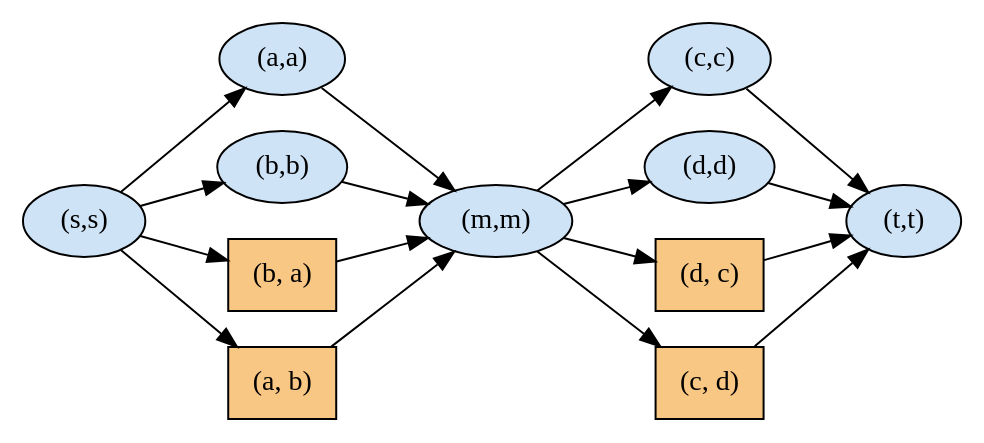
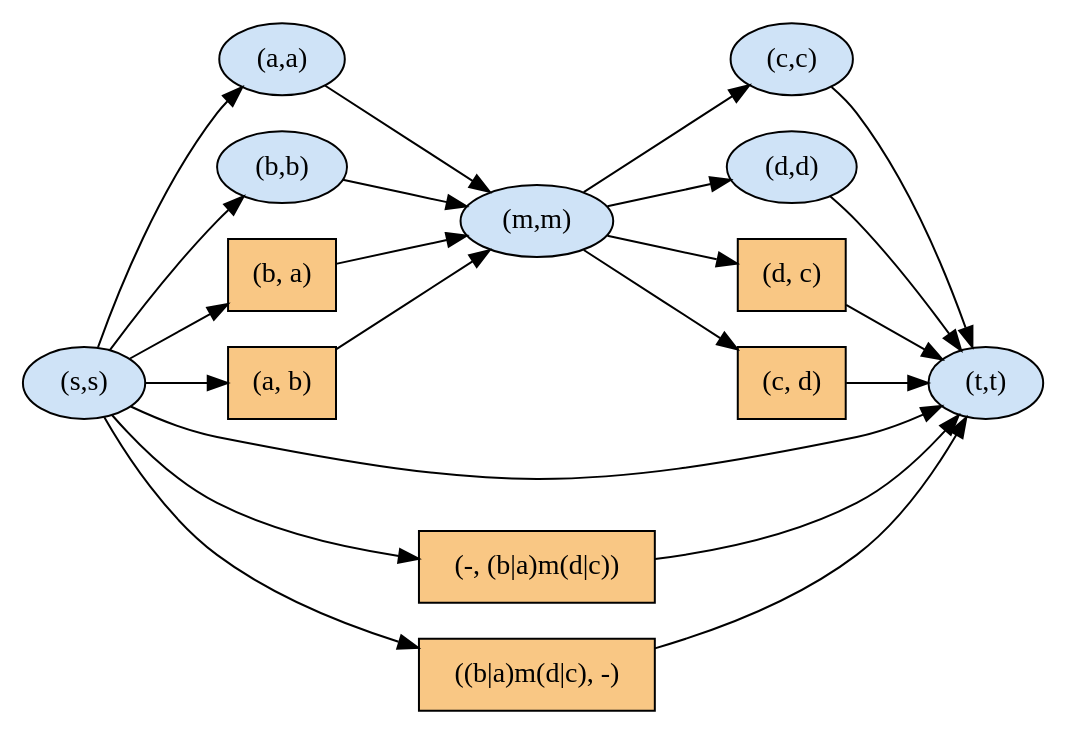
Before and after one commit to NafisehJ/diploidgraph: the diagram in examples/out/03_two_bubbles_diploid.dot, drawn with Graphviz. The commit also changed 11 other files, not shown here.

```diff
--- a/examples/out/03_two_bubbles_diploid.dot
+++ b/examples/out/03_two_bubbles_diploid.dot
@@ -1,32 +1,39 @@
 digraph GD {
   rankdir=LR;
   node [style=filled];
   edge [fontsize=10, fontcolor="#52514e"];
   n0 [label="(s,s)", shape=ellipse, fillcolor="#cfe3f7"];
   n1 [label="(a,a)", shape=ellipse, fillcolor="#cfe3f7"];
   n2 [label="(b,b)", shape=ellipse, fillcolor="#cfe3f7"];
   n3 [label="(m,m)", shape=ellipse, fillcolor="#cfe3f7"];
   n4 [label="(c,c)", shape=ellipse, fillcolor="#cfe3f7"];
   n5 [label="(d,d)", shape=ellipse, fillcolor="#cfe3f7"];
   n6 [label="(t,t)", shape=ellipse, fillcolor="#cfe3f7"];
   n7 [label="(b, a)", shape=box, fillcolor="#f9c784"];
   n8 [label="(a, b)", shape=box, fillcolor="#f9c784"];
   n9 [label="(d, c)", shape=box, fillcolor="#f9c784"];
   n10 [label="(c, d)", shape=box, fillcolor="#f9c784"];
+  n11 [label="(-, (b|a)m(d|c))", shape=box, fillcolor="#f9c784"];
+  n12 [label="((b|a)m(d|c), -)", shape=box, fillcolor="#f9c784"];
+  n0 -> n11;
+  n0 -> n12;
   n0 -> n7;
   n0 -> n8;
   n0 -> n1;
   n0 -> n2;
+  n0 -> n6;
   n1 -> n3;
   n2 -> n3;
   n3 -> n9;
   n3 -> n10;
   n3 -> n4;
   n3 -> n5;
   n4 -> n6;
   n5 -> n6;
   n7 -> n3;
   n8 -> n3;
   n9 -> n6;
   n10 -> n6;
+  n11 -> n6;
+  n12 -> n6;
 }
```
